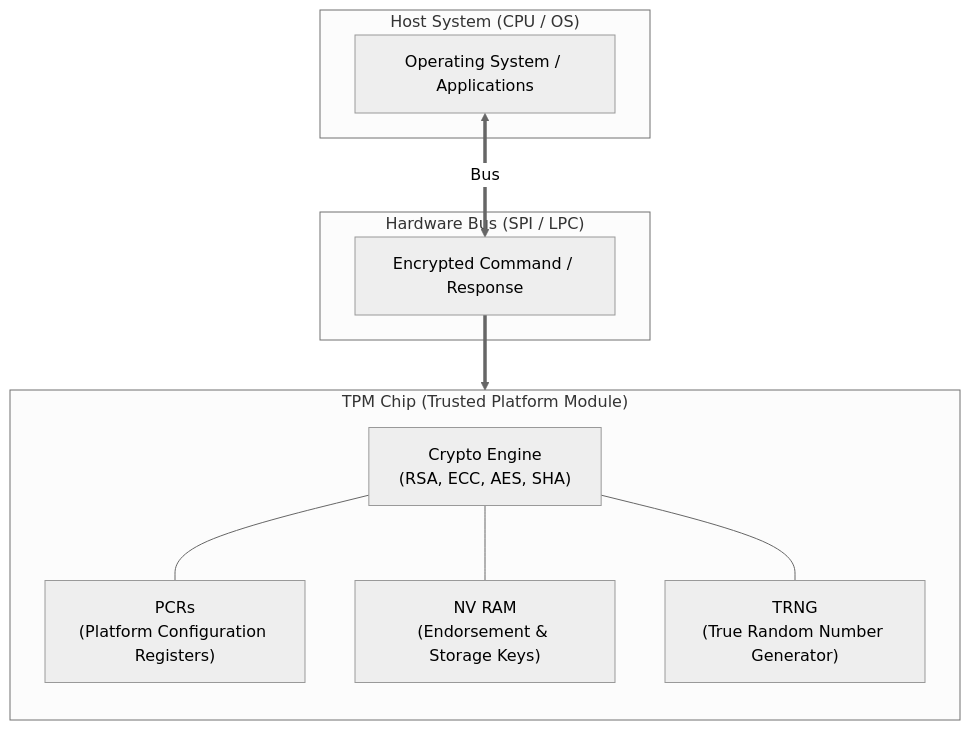
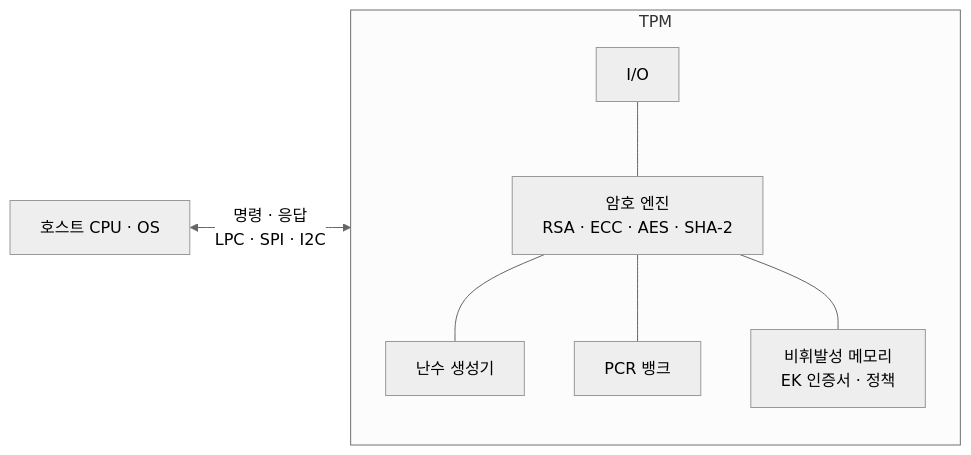
One commit to supremethumb/supremethumb.github.io changed the diagram in content/01_IT Tech/TPM.md. Above: the diagram before and after it, drawn with Mermaid (neutral theme). The commit also changed other lines of this file and 1087 other files, not shown here.

````diff
--- a/content/01_IT Tech/TPM.md
+++ b/content/01_IT Tech/TPM.md
@@ -25,26 +36,16 @@
 ```mermaid
-flowchart TB
-    subgraph Host["Host System (CPU / OS)"]
-        OS["Operating System / Applications"]
+flowchart LR
+    HOST["호스트 CPU · OS"] <-->|"명령 · 응답<br/>LPC · SPI · I2C"| IF
+    subgraph TPM["TPM"]
+        direction TB
+        IF["I/O"]
+        CE["암호 엔진<br/>RSA · ECC · AES · SHA-2"]
+        RNG["난수 생성기"]
+        PCR["PCR 뱅크"]
+        NV["비휘발성 메모리<br/>EK 인증서 · 정책"]
+        IF --- CE
+        CE --- RNG
+        CE --- PCR
+        CE --- NV
     end
-
-    subgraph Bus["Hardware Bus (SPI / LPC)"]
-        COMM["Encrypted Command / Response"]
-    end
-
-    subgraph TPM["TPM Chip (Trusted Platform Module)"]
-        direction TB
-        CR["Crypto Engine<br/>(RSA, ECC, AES, SHA)"]
-        PR["PCRs<br/>(Platform Configuration Registers)"]
-        NV["NV RAM<br/>(Endorsement & Storage Keys)"]
-        TR["TRNG<br/>(True Random Number Generator)"]
-        
-        CR --- PR
-        CR --- NV
-        CR --- TR
-    end
-
-    OS <== Bus ==> COMM
-    COMM ==> TPM
-
 ```
````
